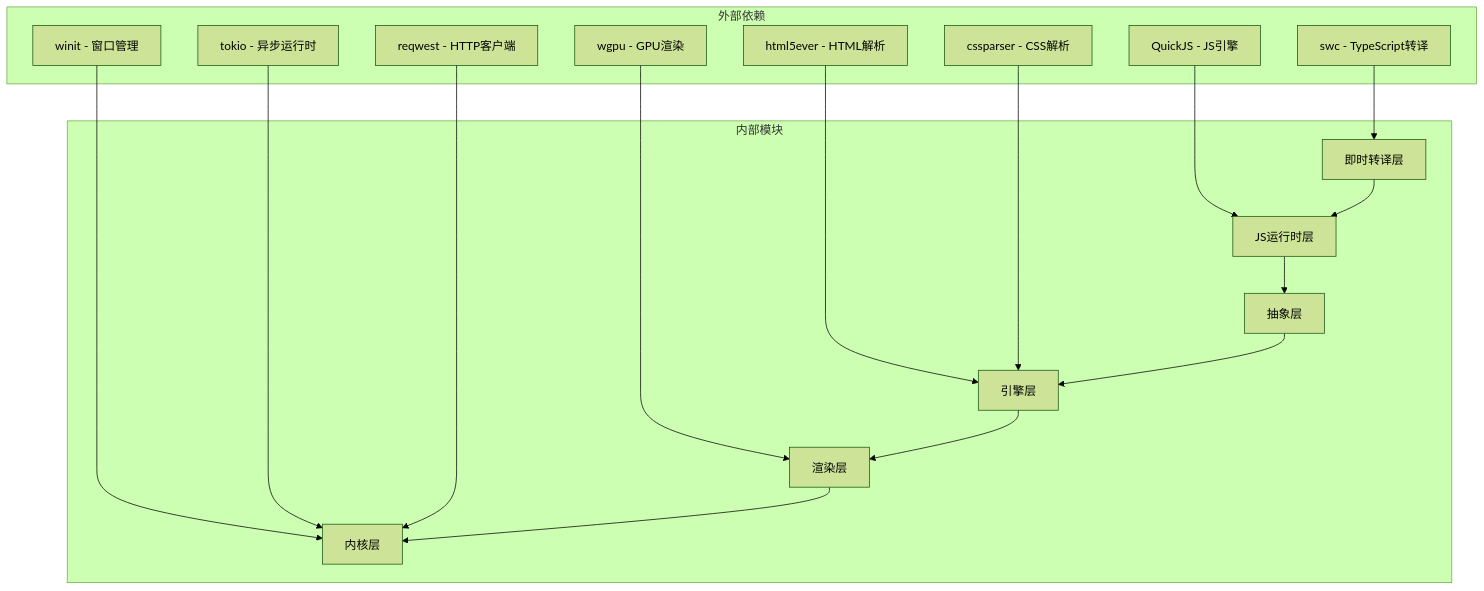
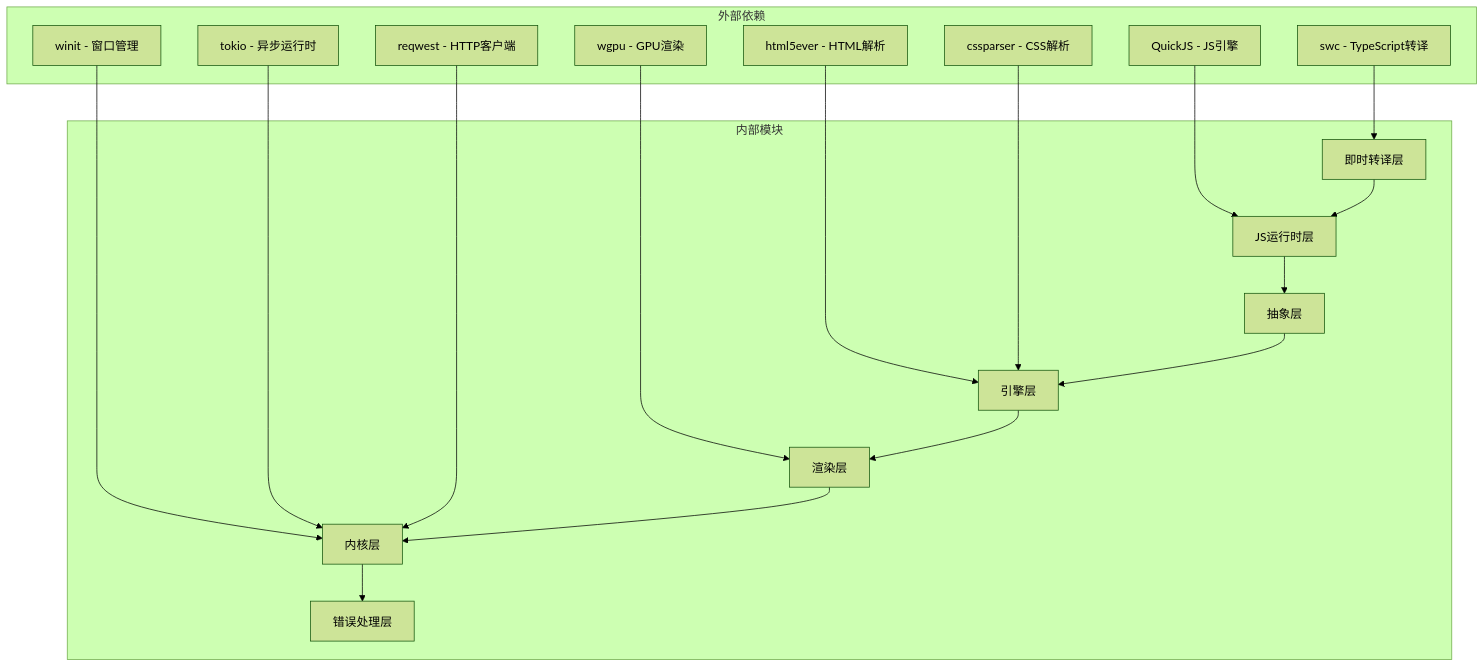
One commit to itszzl-sudo/iris changed the eighth of 8 diagrams in .qoder/repowiki/zh/content/项目概述/技术架构总览/技术架构总览.md. Above: the diagram before and after it, drawn with Mermaid (forest theme). The commit also changed other lines of this file and 6 other files, not shown here.

````diff
--- a/.qoder/repowiki/zh/content/项目概述/技术架构总览/技术架构总览.md
+++ b/.qoder/repowiki/zh/content/项目概述/技术架构总览/技术架构总览.md
@@ -346,34 +445,36 @@
 ```mermaid
 graph TB
 subgraph "外部依赖"
 SWC[swc - TypeScript转译]
 QuickJS[QuickJS - JS引擎]
 html5ever[html5ever - HTML解析]
 cssparser[cssparser - CSS解析]
 wgpu[wgpu - GPU渲染]
 winit[winit - 窗口管理]
 tokio[tokio - 异步运行时]
 reqwest[reqwest - HTTP客户端]
 end
 subgraph "内部模块"
 TransLayer[即时转译层]
 RuntimeLayer[JS运行时层]
 AbstractionLayer[抽象层]
 EngineLayer[引擎层]
 RenderLayer[渲染层]
 KernelLayer[内核层]
+ErrorLayer[错误处理层]
 end
 SWC --> TransLayer
 QuickJS --> RuntimeLayer
 html5ever --> EngineLayer
 cssparser --> EngineLayer
 wgpu --> RenderLayer
 winit --> KernelLayer
 tokio --> KernelLayer
 reqwest --> KernelLayer
 TransLayer --> RuntimeLayer
 RuntimeLayer --> AbstractionLayer
 AbstractionLayer --> EngineLayer
 EngineLayer --> RenderLayer
 RenderLayer --> KernelLayer
+KernelLayer --> ErrorLayer
 ```
````
